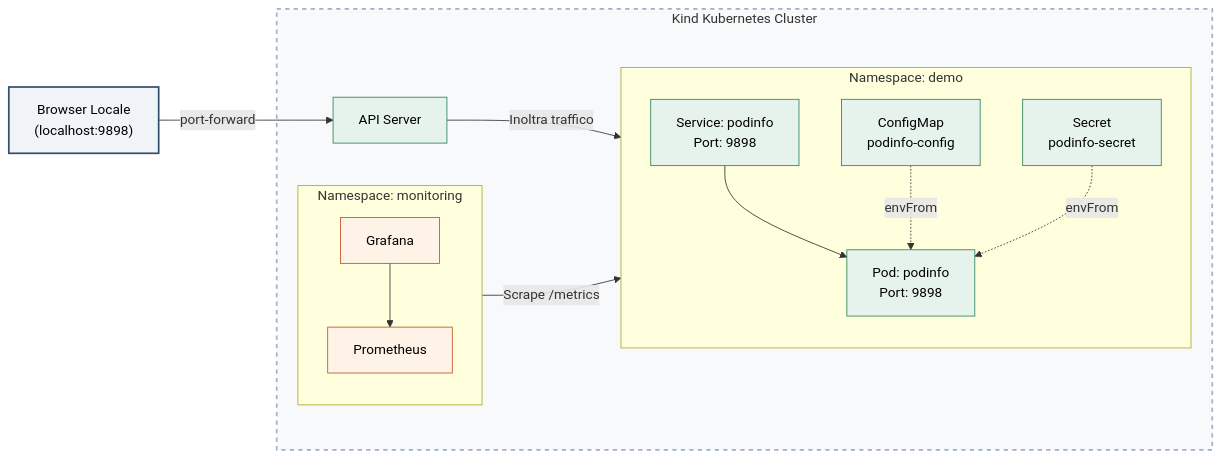
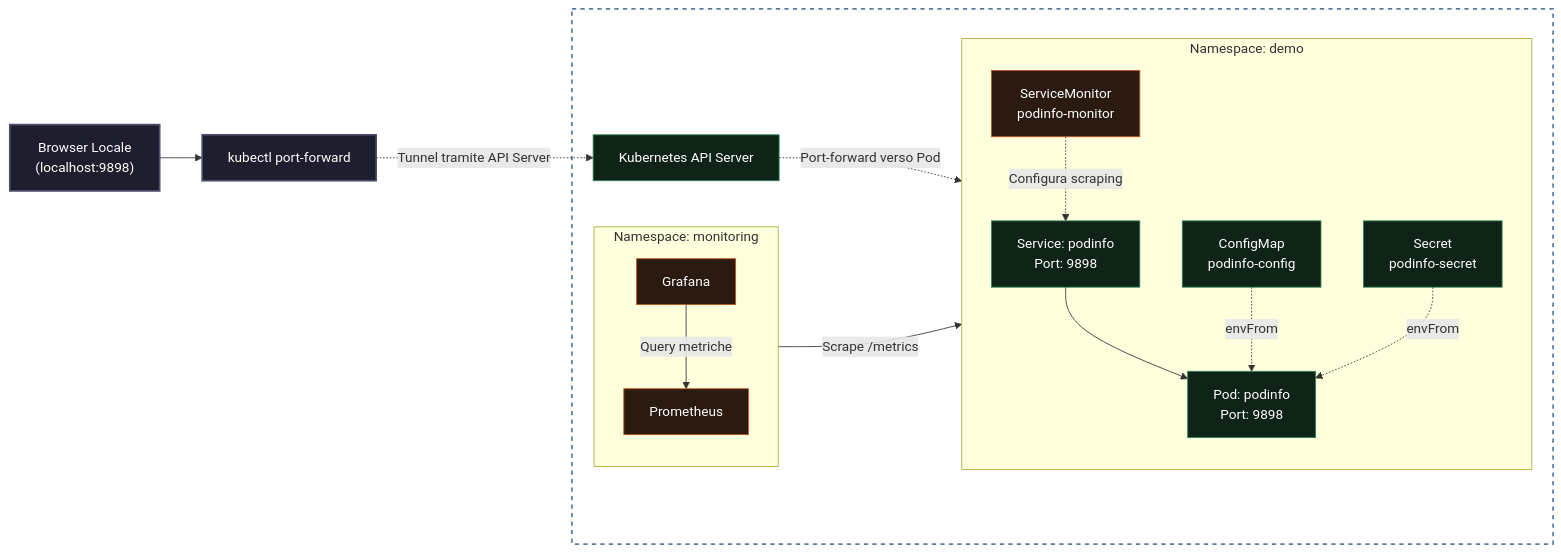
One commit to SinghPartap01/kiratech-challenge-l2 changed the diagram in README.md. Above: the diagram before and after it, drawn with Mermaid.

````diff
--- a/README.md
+++ b/README.md
@@ -23,43 +23,44 @@
 ```mermaid
 flowchart LR
-    %% Definizione stili per separare visivamente le aree
-    classDef external fill:#f0f4f8,stroke:#334e68,stroke-width:2px,color:#000;
-    classDef k8s fill:#f8f9fa,stroke:#9fb3c8,stroke-width:2px,stroke-dasharray: 5 5;
-    classDef app fill:#e6f3ec,stroke:#2f855a,stroke-width:1px,color:#000;
-    classDef obs fill:#fef3e6,stroke:#c05621,stroke-width:1px,color:#000;
+    classDef external fill:#1e1e2f,stroke:#4e4e6f,stroke-width:2px,color:#ffffff;
+    classDef k8s fill:transparent,stroke:#5c7c9e,stroke-width:2px,stroke-dasharray: 5 5,color:#ffffff;
+    classDef app fill:#0f2417,stroke:#2f855a,stroke-width:1px,color:#ffffff;
+    classDef obs fill:#2b1a0f,stroke:#c05621,stroke-width:1px,color:#ffffff;
 
-    %% Nodo esterno
-    Browser["Browser Locale<br>(localhost:9898)"]:::external
+    Browser["Browser Locale<br/>(localhost:9898)"]:::external
+    PF["kubectl port-forward"]:::external
 
     subgraph K8s ["Kind Kubernetes Cluster"]
-        API["API Server"]:::app
+        API["Kubernetes API Server"]:::app
 
         subgraph Demo ["Namespace: demo"]
             direction TB
-            SVC["Service: podinfo<br>Port: 9898"]:::app
-            POD["Pod: podinfo<br>Port: 9898"]:::app
-            CM["ConfigMap<br>podinfo-config"]:::app
-            SEC["Secret<br>podinfo-secret"]:::app
-            
+            SVC["Service: podinfo<br/>Port: 9898"]:::app
+            POD["Pod: podinfo<br/>Port: 9898"]:::app
+            CM["ConfigMap<br/>podinfo-config"]:::app
+            SEC["Secret<br/>podinfo-secret"]:::app
+            SM["ServiceMonitor<br/>podinfo-monitor"]:::obs
+
             SVC --> POD
             CM -. "envFrom" .-> POD
             SEC -. "envFrom" .-> POD
+            SM -. "Configura scraping" .-> SVC
         end
 
         subgraph Mon ["Namespace: monitoring"]
             direction TB
+            PROM["Prometheus"]:::obs
             GRAF["Grafana"]:::obs
-            PROM["Prometheus"]:::obs
-            
-            GRAF --> PROM
+
+            GRAF -->|"Query metriche"| PROM
         end
     end
 
-    %% Flussi principali
-    Browser -- "port-forward" --> API
-    API -- "Inoltra traffico" --> SVC
-    PROM -- "Scrape /metrics" --> POD
+    Browser --> PF
+    PF -. "Tunnel tramite API Server" .-> API
+    API -. "Port-forward verso Pod" .-> POD
 
-    %% Applicazione degli stili ai box esterni
+    PROM -->|"Scrape /metrics"| SVC
+
     class K8s k8s;
 ```
````
